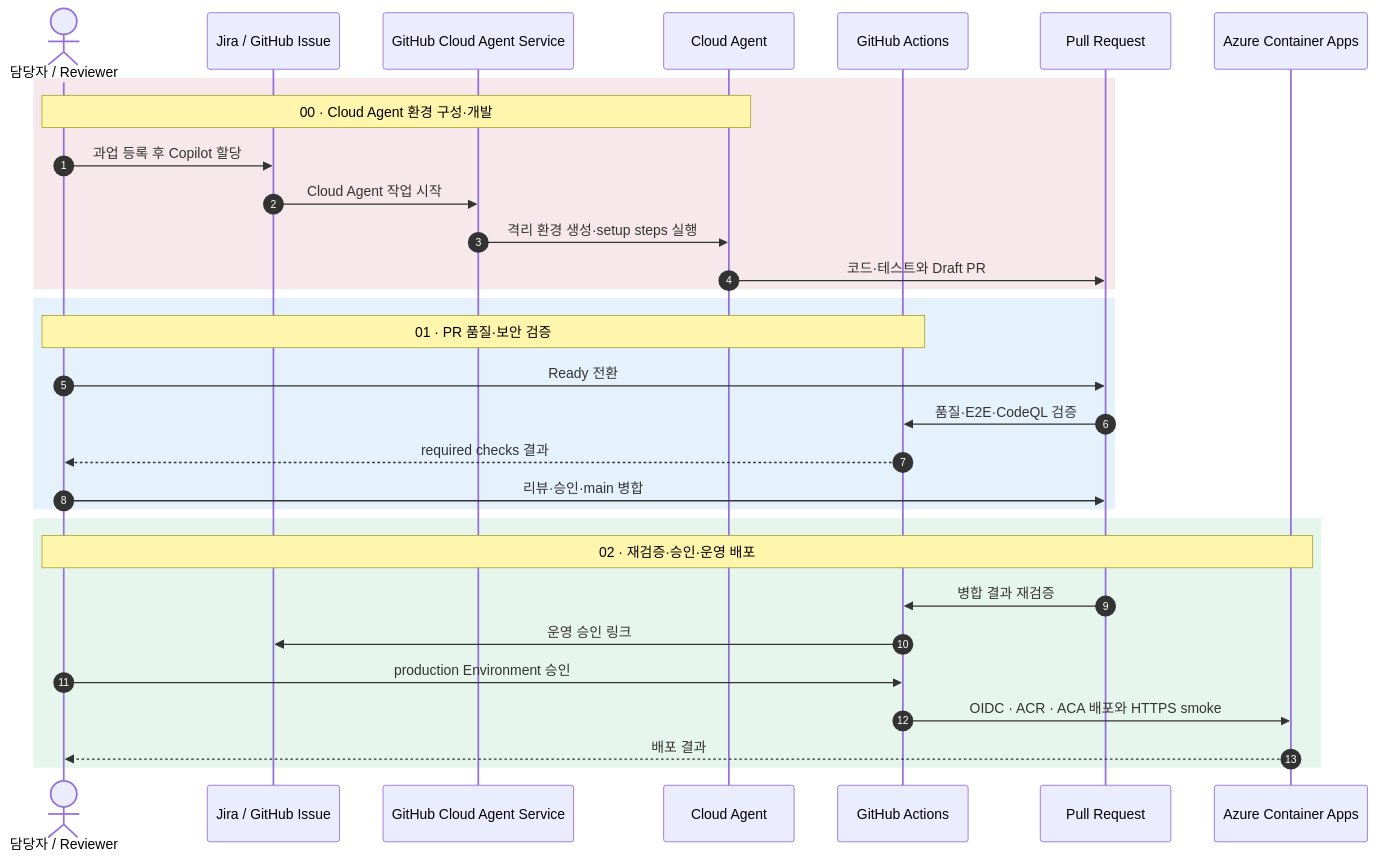
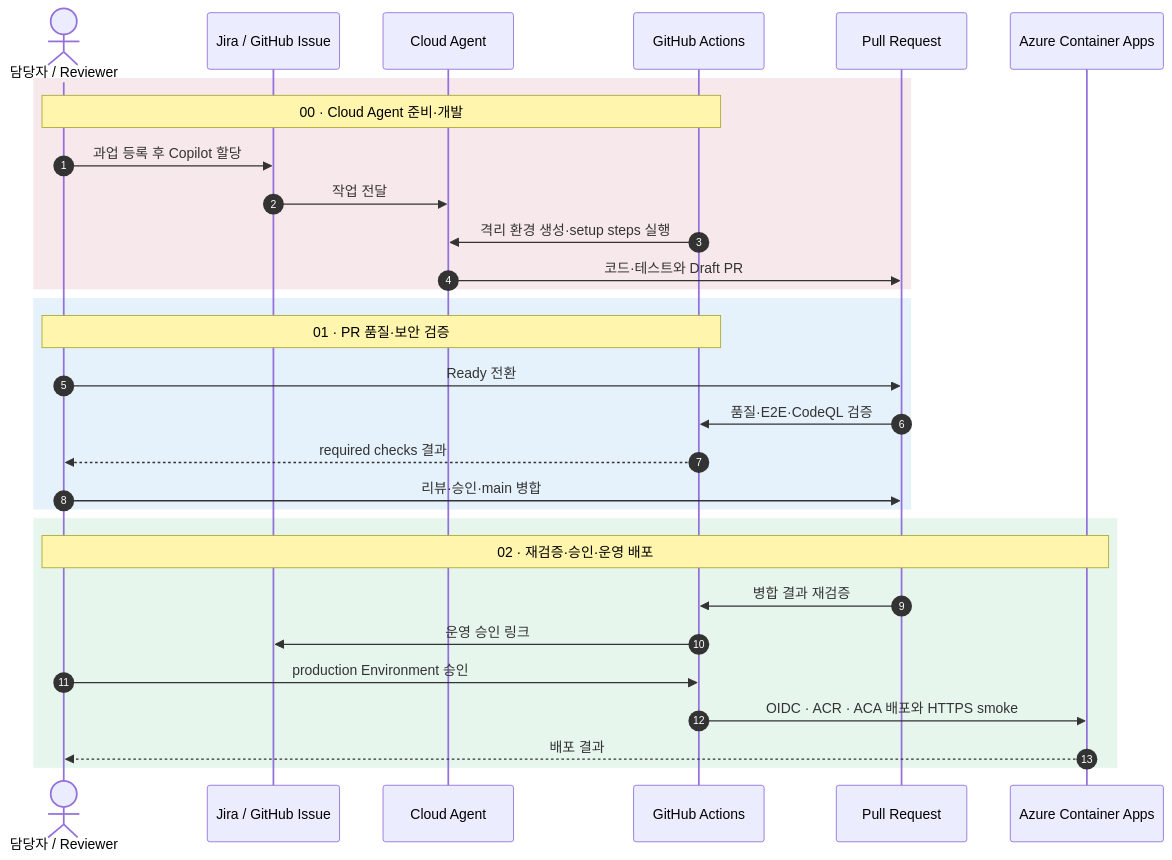
Before and after one commit to hijigoo/dev-agent-workflow: the first of 4 diagrams in README.md, drawn with Mermaid. The commit also changed 1 other file, not shown here.

Commit message:
docs: clarify setup action ownership

````diff
--- a/README.md
+++ b/README.md
@@ -69,34 +69,33 @@
 ```mermaid
 sequenceDiagram
     autonumber
     actor Human as 담당자 / Reviewer
     participant Issue as Jira / GitHub Issue
-    participant GitHub as GitHub Cloud Agent Service
     participant Agent as Cloud Agent
     participant Actions as GitHub Actions
     participant PR as Pull Request
     participant Azure as Azure Container Apps
 
     rect rgba(177, 31, 75, 0.10)
-        Note over Human,Agent: 00 · Cloud Agent 환경 구성·개발
+        Note over Human,Actions: 00 · Cloud Agent 준비·개발
         Human->>Issue: 과업 등록 후 Copilot 할당
-        Issue->>GitHub: Cloud Agent 작업 시작
-        GitHub->>Agent: 격리 환경 생성·setup steps 실행
+        Issue->>Agent: 작업 전달
+        Actions->>Agent: 격리 환경 생성·setup steps 실행
         Agent->>PR: 코드·테스트와 Draft PR
     end
     rect rgba(0, 120, 212, 0.10)
         Note over Human,Actions: 01 · PR 품질·보안 검증
         Human->>PR: Ready 전환
         PR->>Actions: 품질·E2E·CodeQL 검증
         Actions-->>Human: required checks 결과
         Human->>PR: 리뷰·승인·main 병합
     end
     rect rgba(22, 163, 74, 0.10)
         Note over Human,Azure: 02 · 재검증·승인·운영 배포
         PR->>Actions: 병합 결과 재검증
         Actions->>Issue: 운영 승인 링크
         Human->>Actions: production Environment 승인
         Actions->>Azure: OIDC · ACR · ACA 배포와 HTTPS smoke
         Azure-->>Human: 배포 결과
     end
 ```
````
